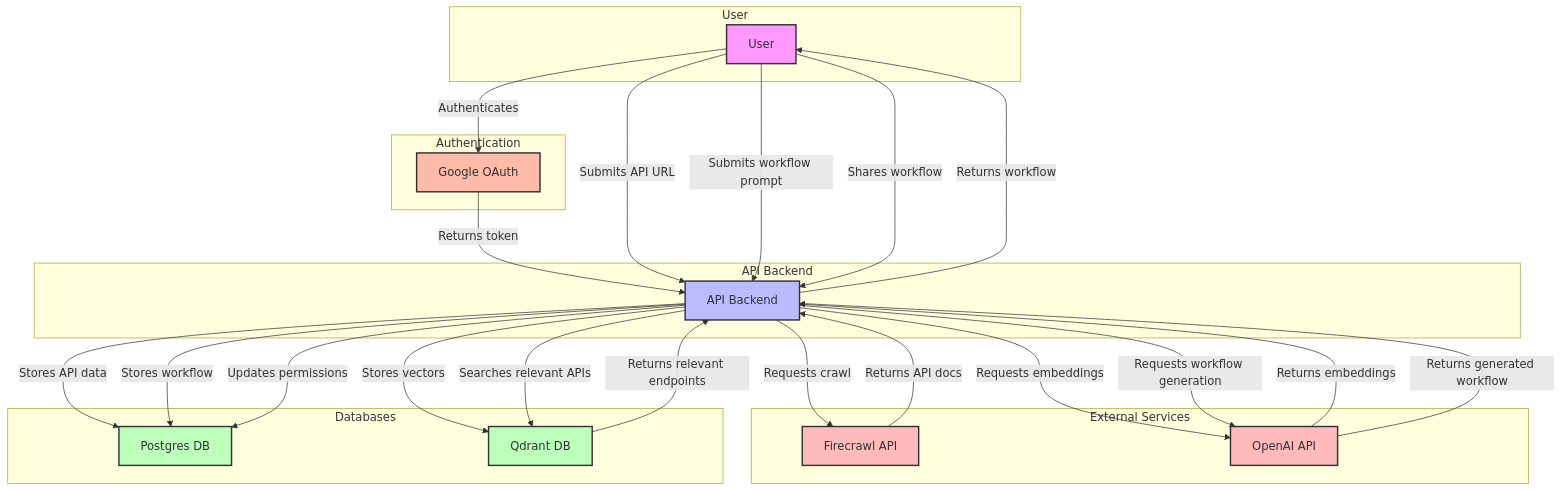
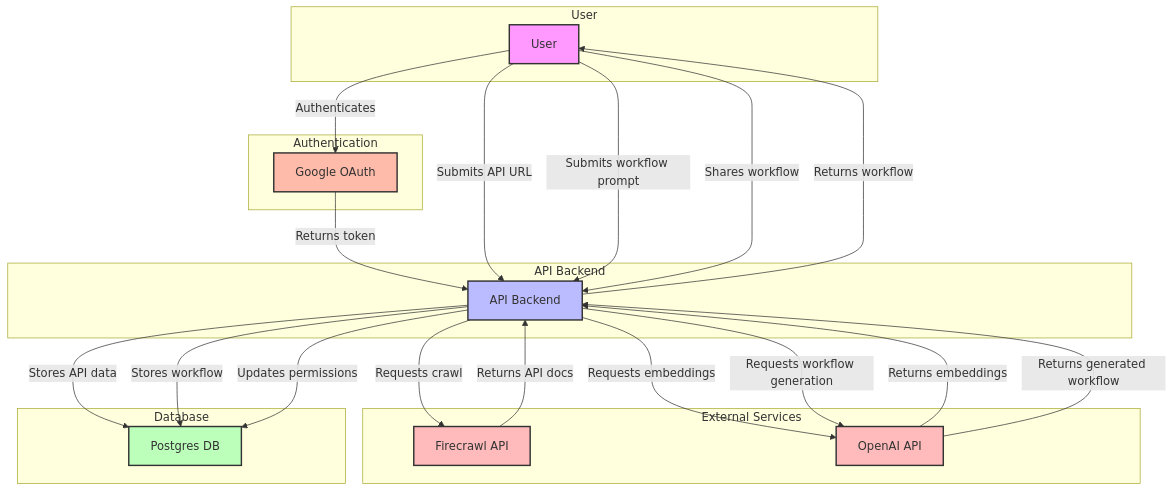
The fourth of 4 diagrams in README.md (paulocerez/2docs), drawn with Mermaid before and after one commit. The commit also changed other lines of this file, not shown here.

````diff
--- a/README.md
+++ b/README.md
@@ -505,55 +496,51 @@
 ```mermaid
 graph TD
     subgraph User
         A[User]
     end
 
     subgraph "Authentication"
         B[Google OAuth]
     end
 
     subgraph "API Backend"
         C[API Backend]
     end
 
     subgraph "External Services"
         D[Firecrawl API]
         F[OpenAI API]
     end
 
-    subgraph "Databases"
+    subgraph "Database"
         E[Postgres DB]
-        G[Qdrant DB]
     end
 
     A -->|Authenticates| B
     B -->|Returns token| C
     A -->|Submits API URL| C
     C -->|Requests crawl| D
     D -->|Returns API docs| C
     C -->|Stores API data| E
     C -->|Requests embeddings| F
     F -->|Returns embeddings| C
-    C -->|Stores vectors| G
     A -->|Submits workflow prompt| C
-    C -->|Searches relevant APIs| G
-    G -->|Returns relevant endpoints| C
     C -->|Requests workflow generation| F
     F -->|Returns generated workflow| C
     C -->|Stores workflow| E
     C -->|Returns workflow| A
     A -->|Shares workflow| C
     C -->|Updates permissions| E
 
     classDef user fill:#f9f,stroke:#333,stroke-width:2px;
     classDef auth fill:#fba,stroke:#333,stroke-width:2px;
     classDef api fill:#bbf,stroke:#333,stroke-width:2px;
     classDef db fill:#bfb,stroke:#333,stroke-width:2px;
     classDef external fill:#fbb,stroke:#333,stroke-width:2px;
 
     class A user;
     class B auth;
     class C api;
-    class E,G db;
+    class E db;
     class D,F external;
 ```
````
